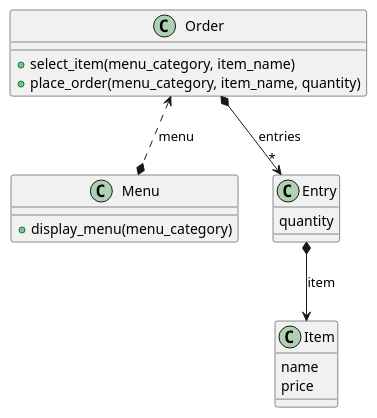
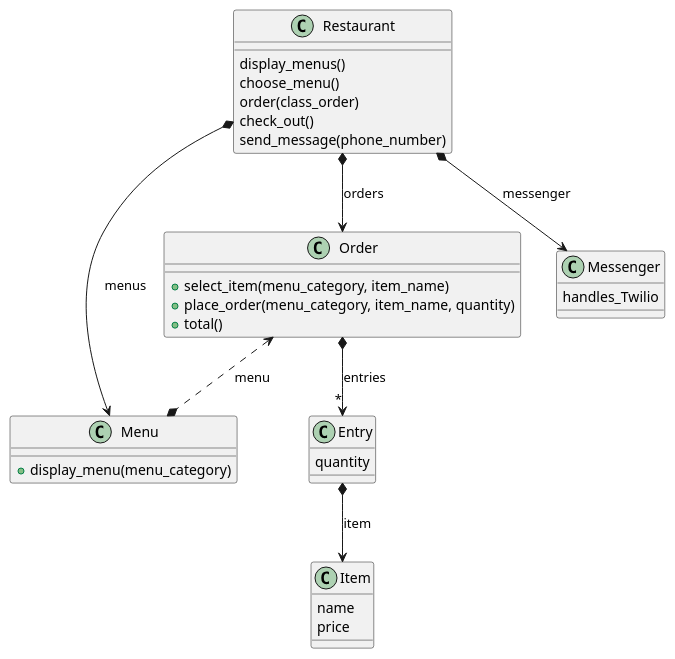
Before and after one commit to meta-morpho-sys/takeaway-challenge: the diagram in takeaway.puml, drawn with PlantUML. The commit also changed 3 other files, not shown here.

Commit message:
Diagram representing new version of the app. Tidyed up some files.

```diff
--- a/takeaway.puml
+++ b/takeaway.puml
@@ -1,25 +1,41 @@
 @startuml
 
 class Menu {
     +display_menu(menu_category)
 }
 
 class Order {
     +select_item(menu_category, item_name)
     +place_order(menu_category, item_name, quantity)
+    +total()
 }
 
 
 class Item {
     name
     price
 }
 
 class Entry {
     quantity
 }
 
+class Restaurant {
+    display_menus()
+    choose_menu()
+    order(class_order)
+    check_out()
+    send_message(phone_number)
+}
+
+class Messenger {
+    handles_Twilio
+}
+
 Order <..* Menu :menu
 Order *--> "*" Entry : entries
 Entry *--> Item : item
+Restaurant *--> Messenger : messenger
+Restaurant *--> Order : orders
+Restaurant *--> Menu :menus
 @enduml
```
